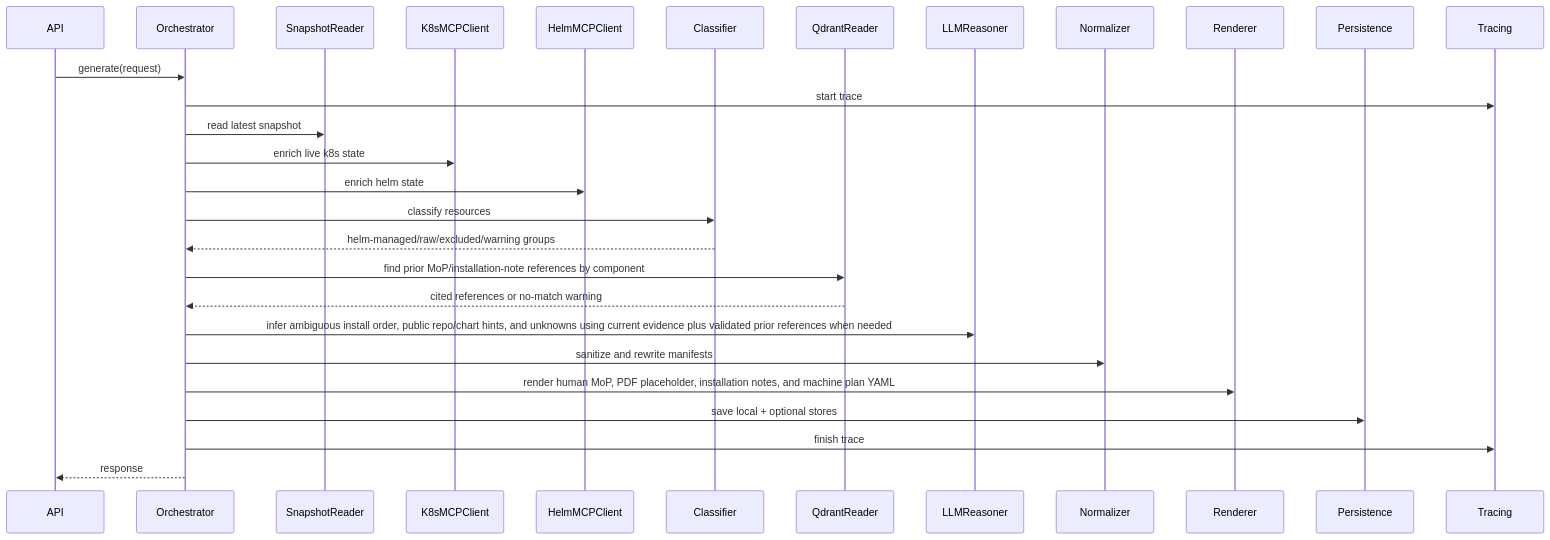
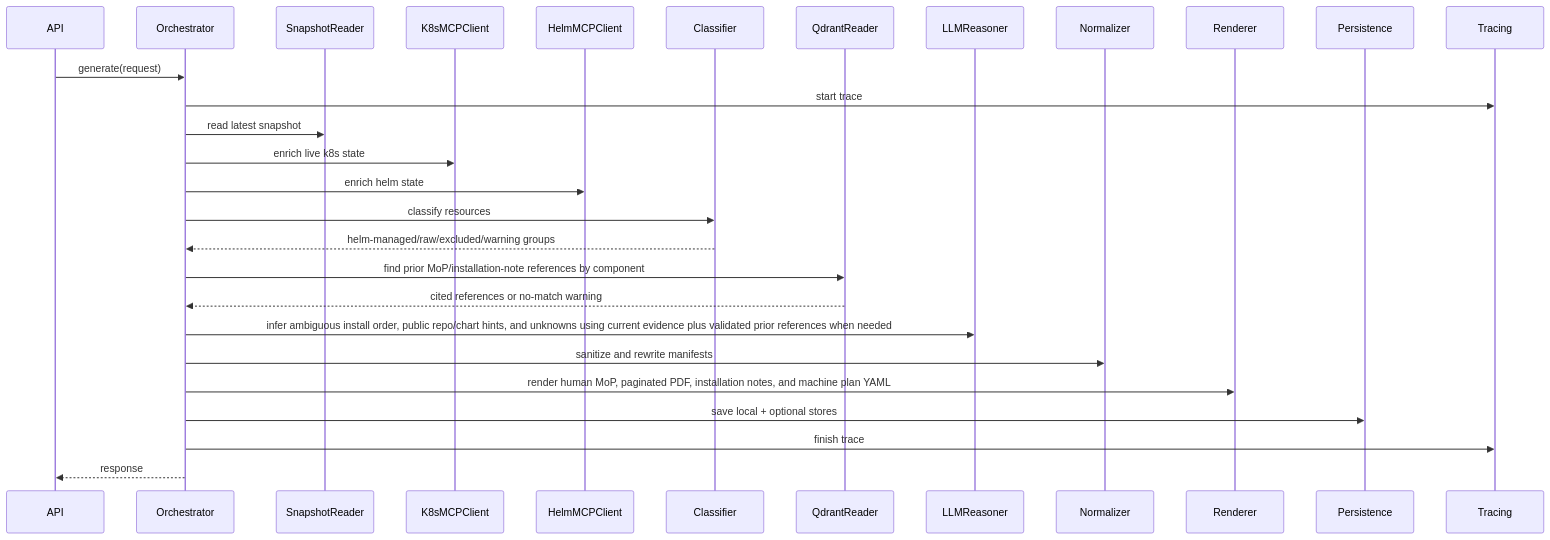
Before and after one commit to aveeshek/bosgenesis-mop-creation-agent: the second of 4 diagrams in docs/03_LLD_MOP_CREATION_AGENT.md, drawn with Mermaid. The commit also changed other lines of this file and 26 other files, not shown here.

````diff
--- a/docs/03_LLD_MOP_CREATION_AGENT.md
+++ b/docs/03_LLD_MOP_CREATION_AGENT.md
@@ -249,31 +249,31 @@
 ```mermaid
 sequenceDiagram
     participant API
     participant O as Orchestrator
     participant S as SnapshotReader
     participant K as K8sMCPClient
     participant H as HelmMCPClient
     participant C as Classifier
     participant Q as QdrantReader
     participant L as LLMReasoner
     participant N as Normalizer
     participant R as Renderer
     participant P as Persistence
     participant T as Tracing
 
     API->>O: generate(request)
     O->>T: start trace
     O->>S: read latest snapshot
     O->>K: enrich live k8s state
     O->>H: enrich helm state
     O->>C: classify resources
     C-->>O: helm-managed/raw/excluded/warning groups
     O->>Q: find prior MoP/installation-note references by component
     Q-->>O: cited references or no-match warning
     O->>L: infer ambiguous install order, public repo/chart hints, and unknowns using current evidence plus validated prior references when needed
     O->>N: sanitize and rewrite manifests
-    O->>R: render human MoP, PDF placeholder, installation notes, and machine plan YAML
+    O->>R: render human MoP, paginated PDF, installation notes, and machine plan YAML
     O->>P: save local + optional stores
     O->>T: finish trace
     O-->>API: response
 ```
````
